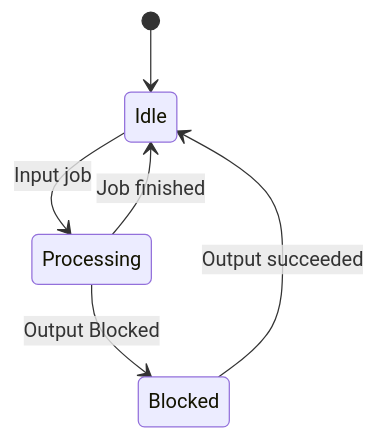
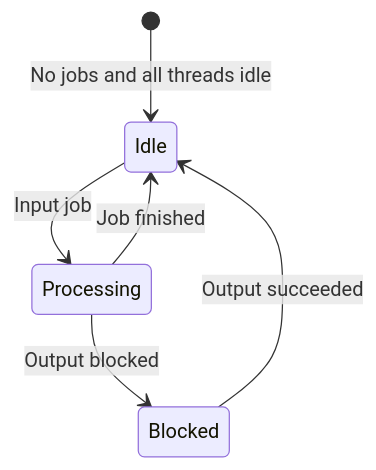
The diagram in docs/basic_components.md (FactorySimPy/FactorySimPy), drawn with Mermaid before and after one commit. The commit also changed other lines of this file, not shown here.

````diff
--- a/docs/basic_components.md
+++ b/docs/basic_components.md
@@ -226,9 +230,9 @@
 ```mermaid
 stateDiagram
   direction TB
-  [*] --> Idle
+  [*] --> Idle : No jobs and all threads idle
   Idle --> Processing:Input job
-  Processing --> Blocked:Output Blocked
+  Processing --> Blocked:Output blocked
   Processing --> Idle:Job finished
   Blocked --> Idle:Output succeeded
 ```
````
